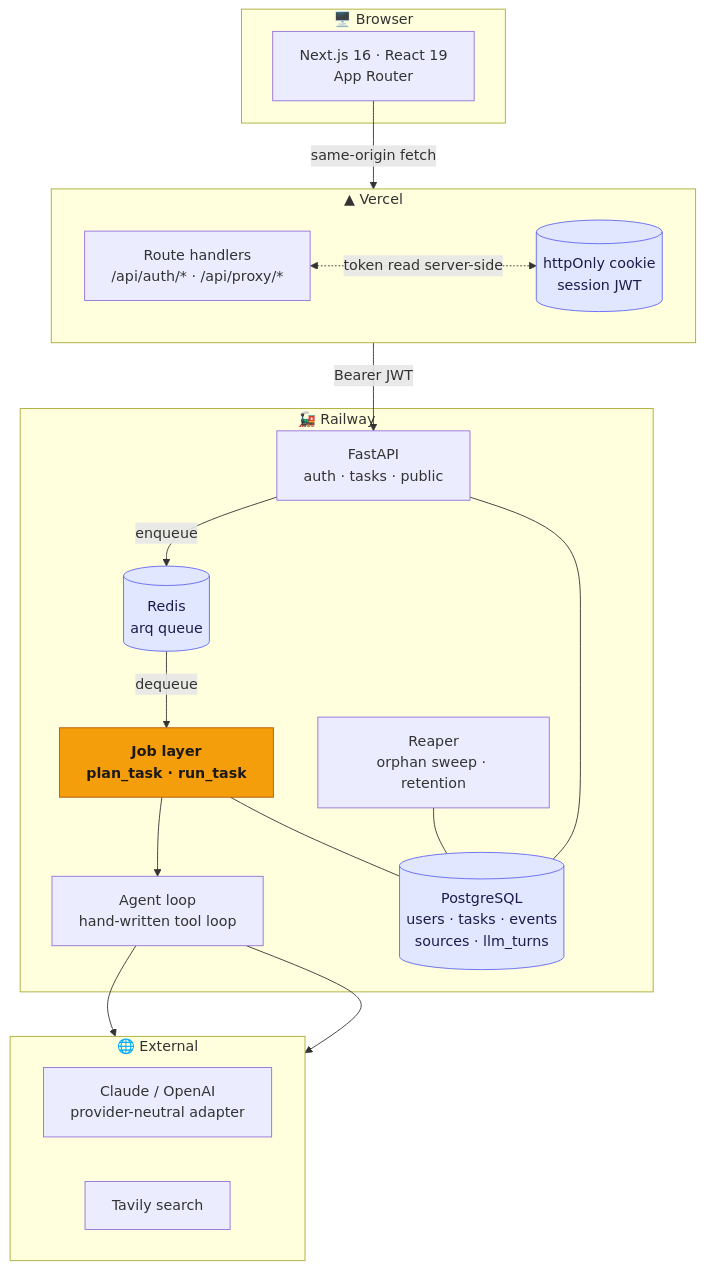
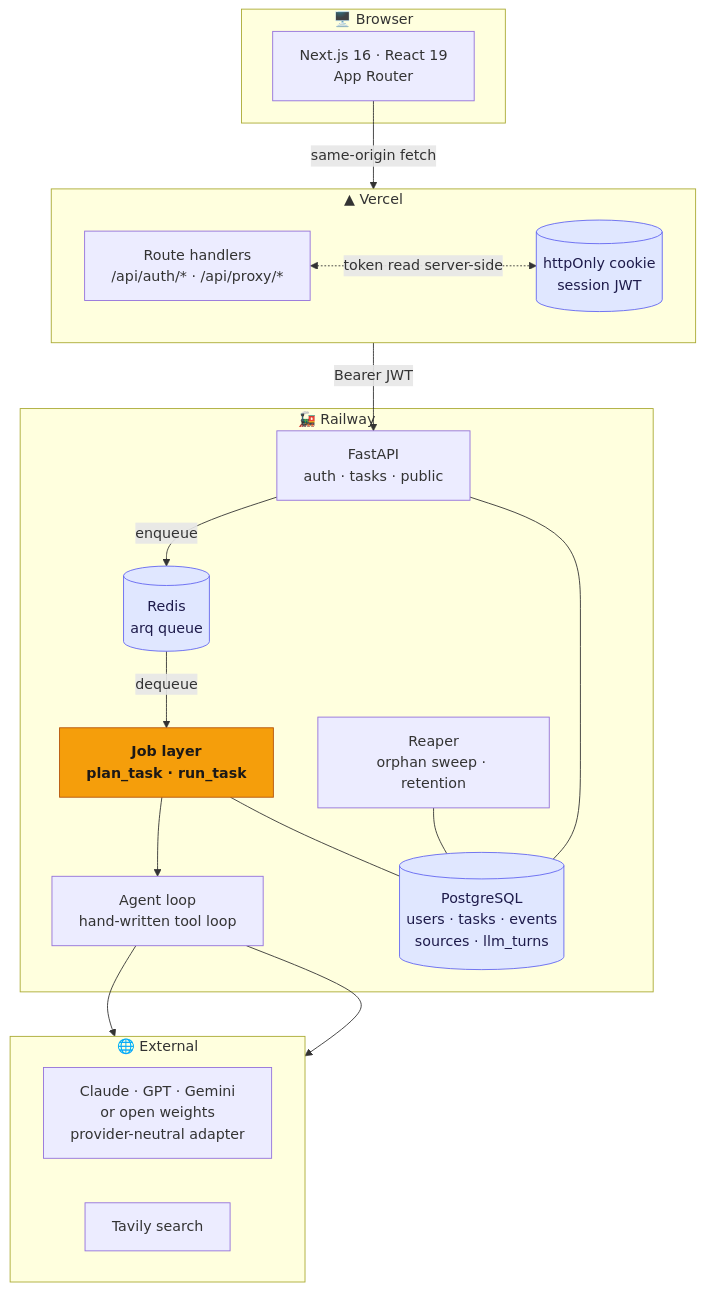
The first of 2 diagrams in README.md (Samuelj16/Human-in-the-Loop), drawn with Mermaid before and after one commit. The commit also changed other lines of this file, not shown here.

````diff
--- a/README.md
+++ b/README.md
@@ -51,44 +51,44 @@
 ```mermaid
 flowchart TD
     subgraph browser["🖥️  Browser"]
         UI["Next.js 16 · React 19<br/>App Router"]
     end
 
     subgraph vercel["▲  Vercel"]
         direction LR
         RH["Route handlers<br/>/api/auth/* · /api/proxy/*"]
         CK[("httpOnly cookie<br/>session JWT")]
     end
 
     subgraph railway["🚂  Railway"]
         API["FastAPI<br/>auth · tasks · public"]
         RD[("Redis<br/>arq queue")]
         JOBS["Job layer<br/>plan_task · run_task"]
         AGENT["Agent loop<br/>hand-written tool loop"]
         PG[("PostgreSQL<br/>users · tasks · events<br/>sources · llm_turns")]
         REAP["Reaper<br/>orphan sweep · retention"]
     end
 
     subgraph ext["🌐  External"]
         direction LR
-        LLM["Claude / OpenAI<br/>provider-neutral adapter"]
+        LLM["Claude · GPT · Gemini<br/>or open weights<br/>provider-neutral adapter"]
         TAV["Tavily search"]
     end
 
     UI -->|"same-origin fetch"| RH
     RH <-.->|"token read server-side"| CK
     RH -->|"Bearer JWT"| API
     API -->|"enqueue"| RD
     RD -->|"dequeue"| JOBS
     JOBS --> AGENT
     AGENT --> LLM
     AGENT --> TAV
     API --- PG
     JOBS --- PG
     REAP --- PG
 
     classDef gate fill:#f59e0b,stroke:#b45309,color:#1c1917,font-weight:bold
     classDef store fill:#e0e7ff,stroke:#6366f1,color:#1e1b4b
     class JOBS gate
     class PG,RD,CK store
 ```
````
